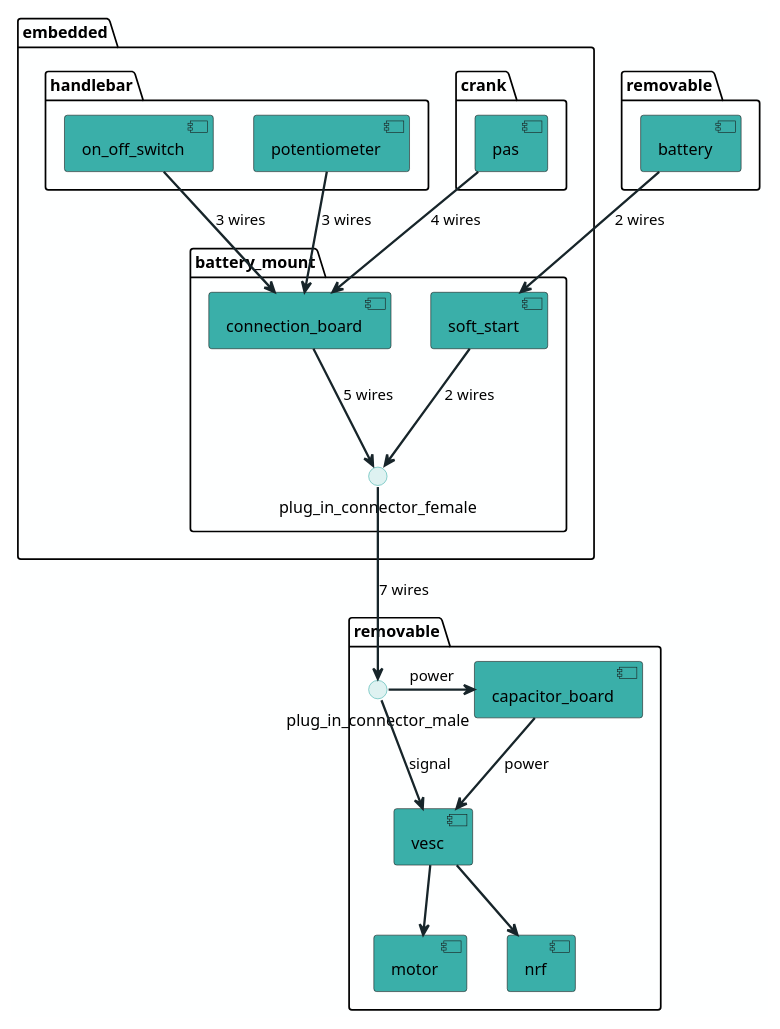
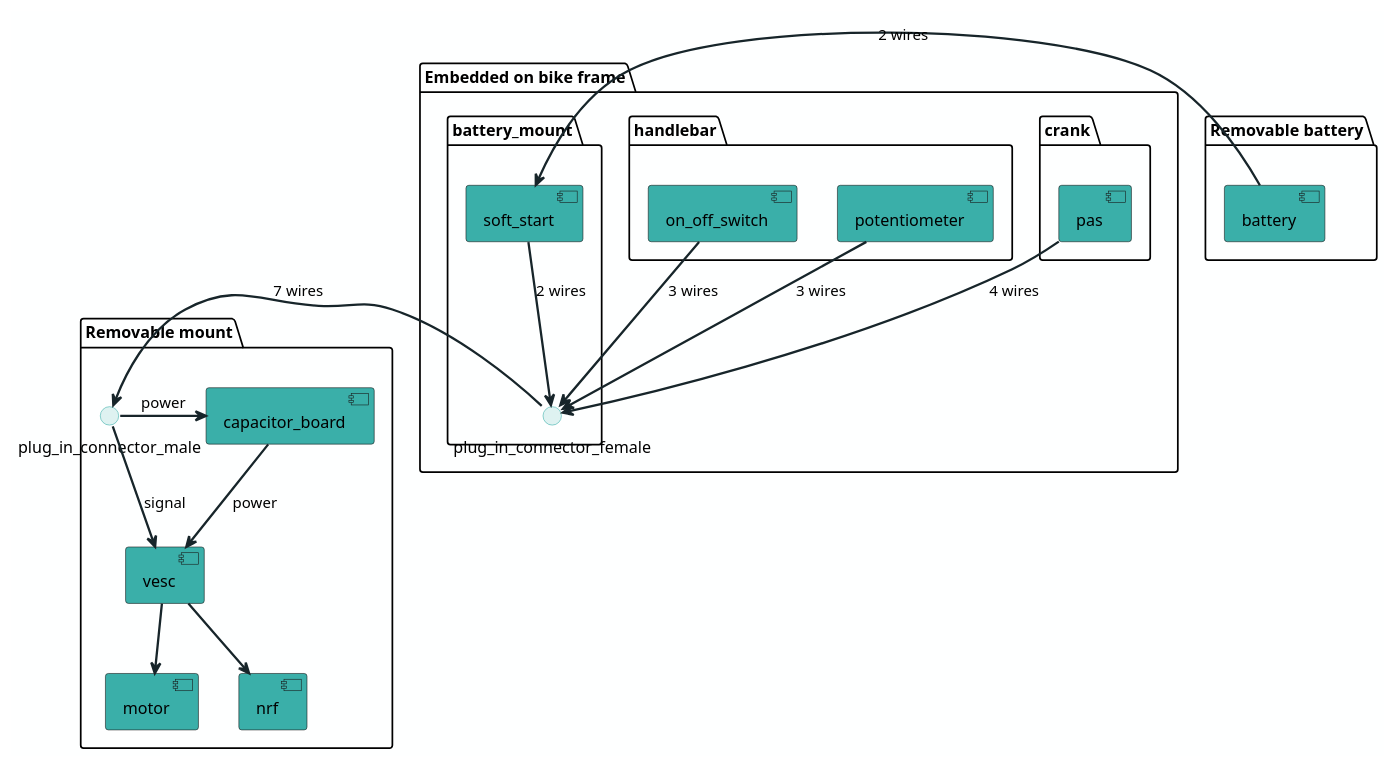
One commit to PiotrStrzalka/PiotrStrzalka.github.io changed the diagram in uml/fdrive-system-view.iuml. Above: the diagram before and after it, drawn with PlantUML. The commit also changed 5 other files, not shown here.

```diff
--- a/uml/fdrive-system-view.iuml
+++ b/uml/fdrive-system-view.iuml
@@ -1,58 +1,57 @@
 @startuml
 
 skinparam backgroundColor #FEFFFF
 
 skinparam InterfaceBackgroundColor #DEF2F1
 skinparam InterfaceBorderColor #3AAFA9
 
 skinparam component {
   StartColor Black
   EndColor Black
   BackgroundColor #3AAFA9
   FontName Yu Gothic UI Semibold
   ArrowColor #17252A
   ArrowThickness 2
   ArrowFontName Yu Gothic UI Semibold
 }
 
-    package "removable" as battery_r {
+    package removable1 as "Removable battery" {
         [battery]
     }
 
-    package embedded {
+    package embedded as "Embedded on bike frame" {
         package crank {
             [pas]
         }
         
         package handlebar {
             [on_off_switch]
             [potentiometer]
         }
         package battery_mount {
             [soft_start]
-            [connection_board]
             interface plug_in_connector_female
         }
-        potentiometer --> connection_board : 3 wires
-        pas --> connection_board : 4 wires
-        on_off_switch --> connection_board : 3 wires
-        connection_board --> plug_in_connector_female :  5 wires
+        potentiometer --> plug_in_connector_female : 3 wires
+        pas --> plug_in_connector_female : 4 wires
+        on_off_switch --> plug_in_connector_female : 3 wires
+        ' connection_board --> plug_in_connector_female :  5 wires
     }
     
-    package removable {
+    package removable as "Removable mount" {
         interface plug_in_connector_male
         [vesc]
         [motor]
         [nrf]
         [capacitor_board]
         plug_in_connector_male -> capacitor_board : power             
         plug_in_connector_male -> vesc : signal
         capacitor_board --> vesc : power
         vesc --> motor
         vesc --> nrf
     } 
     
-    battery --> soft_start : 2 wires
+    battery -left-> soft_start : 2 wires
     soft_start --> plug_in_connector_female : 2 wires
-    plug_in_connector_female --> plug_in_connector_male : 7 wires
+    plug_in_connector_female -left-> plug_in_connector_male : 7 wires
 @enduml
```
